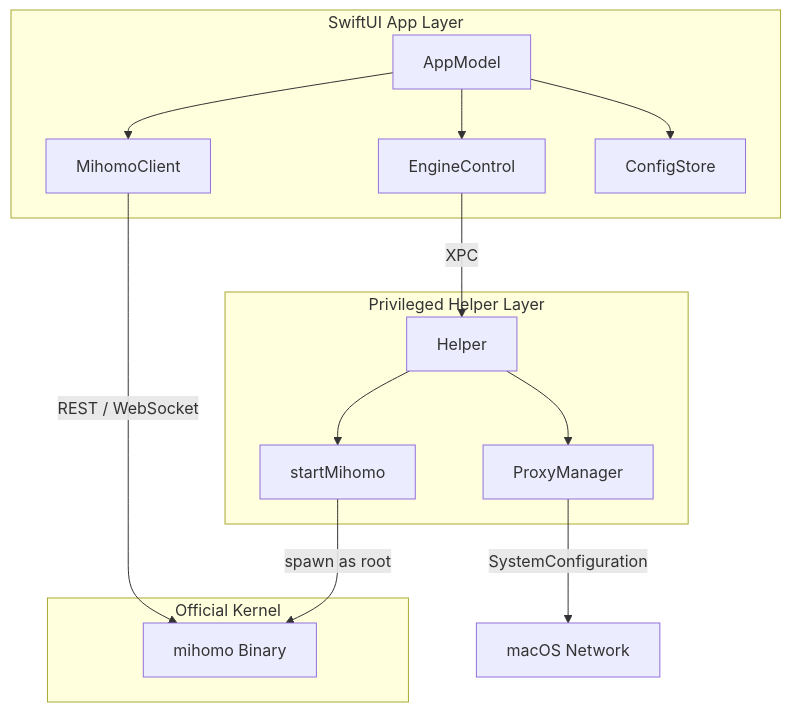
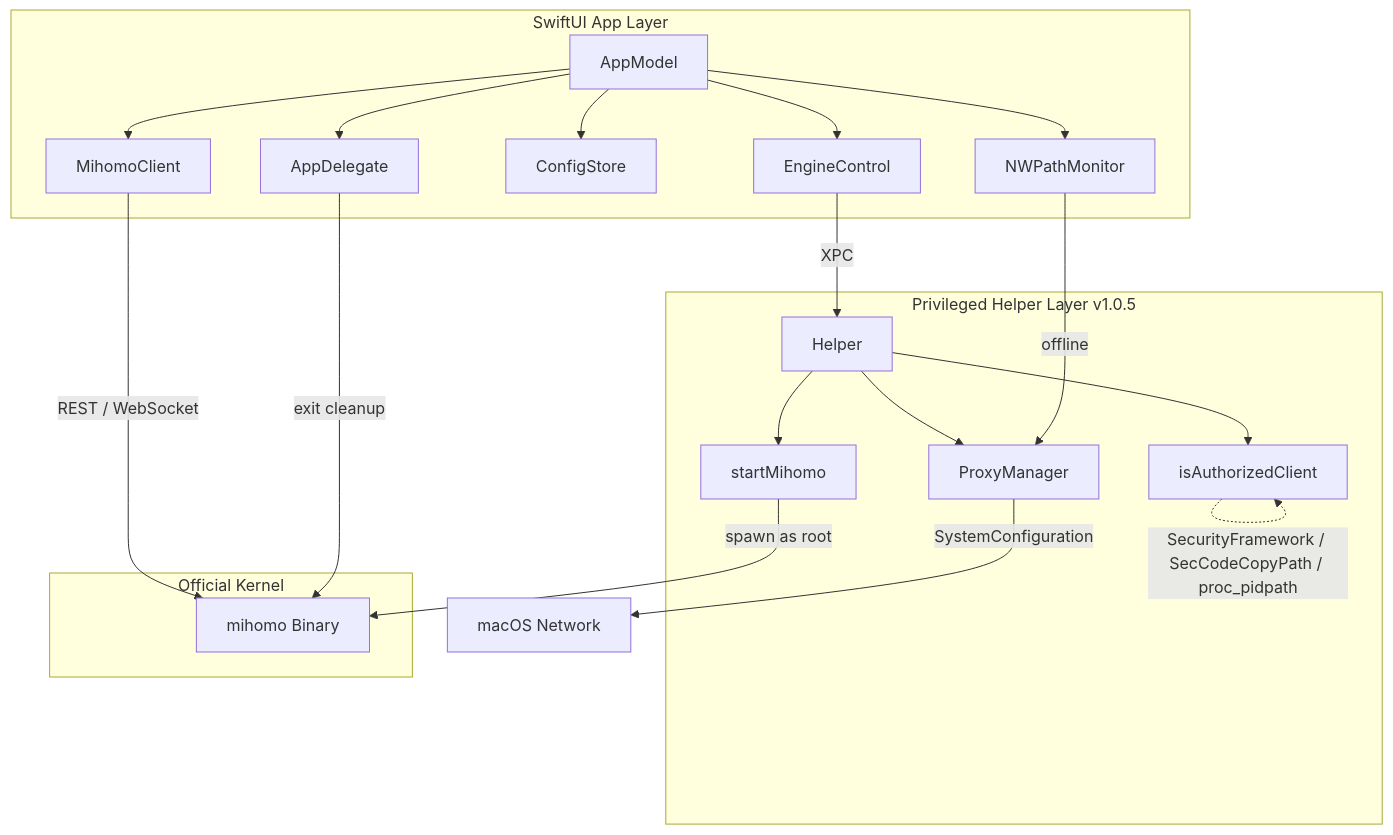
One commit to framecy/ClashHalo changed the diagram in ARCHITECTURE.md. Above: the diagram before and after it, drawn with Mermaid. The commit also changed other lines of this file and 3 other files, not shown here.

````diff
--- a/ARCHITECTURE.md
+++ b/ARCHITECTURE.md
@@ -7,22 +7,28 @@
 ```mermaid
 graph TD
     subgraph GUI [SwiftUI App Layer]
         A[AppModel] --> B[MihomoClient]
         A --> C[EngineControl]
         A --> D[ConfigStore]
+        A --> N[NWPathMonitor]
+        A --> AD[AppDelegate]
     end
 
-    subgraph XPC [Privileged Helper Layer]
+    subgraph XPC [Privileged Helper Layer v1.0.5]
         E[Helper] --> F[ProxyManager]
         E --> G[startMihomo]
+        E --> AU[isAuthorizedClient]
     end
 
     subgraph Kernel [Official Kernel]
         H[mihomo Binary]
     end
 
     B -- REST / WebSocket --> H
     C -- XPC --> E
     G -- spawn as root --> H
     F -- SystemConfiguration --> System[macOS Network]
+    N -- offline --> F
+    AD -- exit cleanup --> H
+    AU -. SecurityFramework / SecCodeCopyPath / proc_pidpath .-> AU
 ```
````
